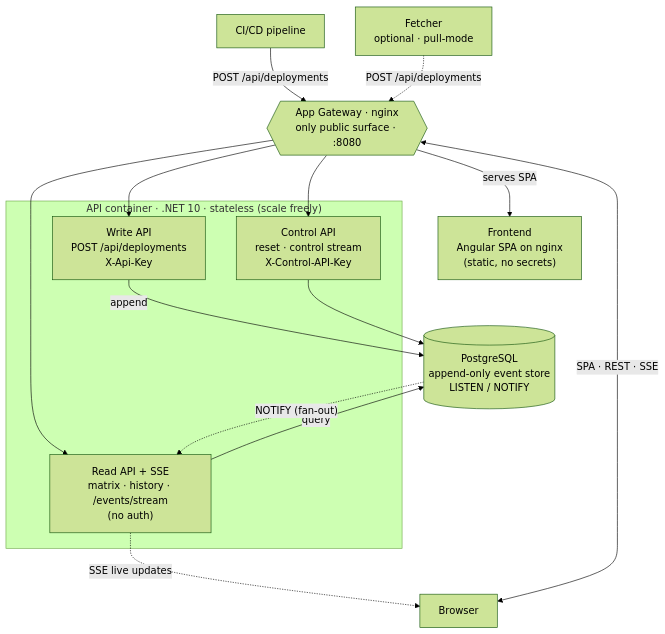
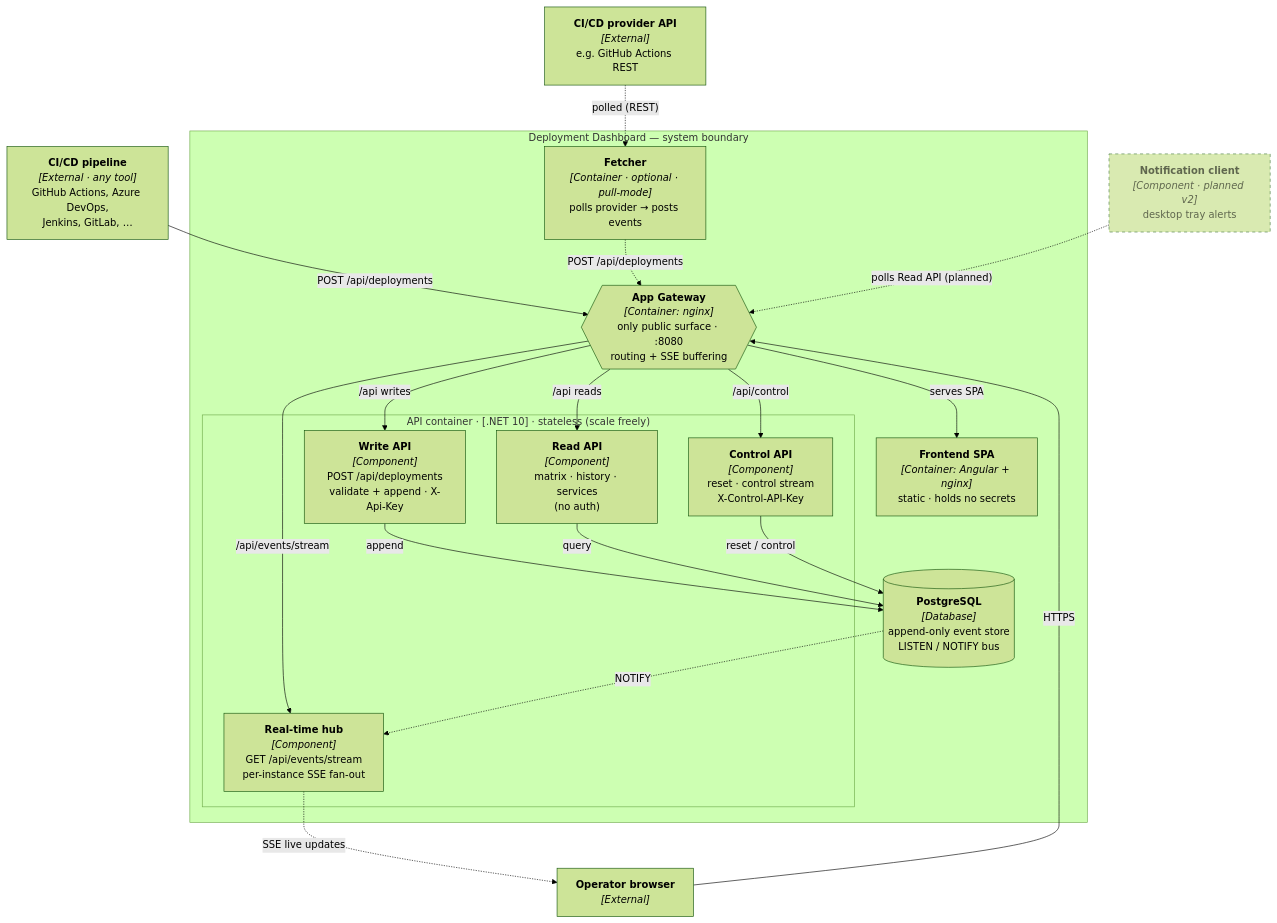
The second of 2 diagrams in docs/guide/architecture-overview.md (kostiantyn-matsebora/deployment-dashboard), drawn with Mermaid (forest theme) before and after one commit. The commit also changed other lines of this file, not shown here.

Commit message:
docs(architecture-overview): full C4 component diagram (all non-demo components)
Replace the simplified component diagram with a C4 component-level view of the
whole runtime system: system boundary, external CI/CD pushers + polled provider
API + operator browser + planned notification client, and inside the boundary
the gateway, optional Fetcher, the stateless API container (Write / Read /
Control + real-time SSE hub), and the append-only PostgreSQL store with the
LISTEN/NOTIFY fan-out. Demo/eval components omitted.

````diff
--- a/docs/guide/architecture-overview.md
+++ b/docs/guide/architecture-overview.md
@@ -36,30 +36,43 @@
 ```mermaid
 flowchart TB
-    CI["CI/CD pipeline"]
-    FETCH["Fetcher<br/>optional · pull-mode"]
-    BROWSER["Browser"]
+    CICD["<b>CI/CD pipeline</b><br><i>[External · any tool]</i><br>GitHub Actions, Azure DevOps,<br>Jenkins, GitLab, …"]
+    PROVIDER["<b>CI/CD provider API</b><br><i>[External]</i><br>e.g. GitHub Actions REST"]
+    BROWSER["<b>Operator browser</b><br><i>[External]</i>"]
+    NOTIFY["<b>Notification client</b><br><i>[Component · planned v2]</i><br>desktop tray alerts"]
 
-    GW{{"App Gateway · nginx<br/>only public surface · :8080"}}
-    FE["Frontend<br/>Angular SPA on nginx<br/>(static, no secrets)"]
+    subgraph SYS["Deployment Dashboard — system boundary"]
+        GW{{"<b>App Gateway</b><br><i>[Container: nginx]</i><br>only public surface · :8080<br>routing + SSE buffering"}}
+        FE["<b>Frontend SPA</b><br><i>[Container: Angular + nginx]</i><br>static · holds no secrets"]
 
-    subgraph APIC["API container · .NET 10 · stateless (scale freely)"]
-        WRITE["Write API<br/>POST /api/deployments<br/>X-Api-Key"]
-        READ["Read API + SSE<br/>matrix · history · /events/stream<br/>(no auth)"]
-        CTRL["Control API<br/>reset · control stream<br/>X-Control-API-Key"]
+        subgraph APIC["API container · [.NET 10] · stateless (scale freely)"]
+            WRITE["<b>Write API</b><br><i>[Component]</i><br>POST /api/deployments<br>validate + append · X-Api-Key"]
+            READ["<b>Read API</b><br><i>[Component]</i><br>matrix · history · services<br>(no auth)"]
+            SSE["<b>Real-time hub</b><br><i>[Component]</i><br>GET /api/events/stream<br>per-instance SSE fan-out"]
+            CTRL["<b>Control API</b><br><i>[Component]</i><br>reset · control stream<br>X-Control-API-Key"]
+        end
+
+        FETCH["<b>Fetcher</b><br><i>[Container · optional · pull-mode]</i><br>polls provider → posts events"]
+        PG[("<b>PostgreSQL</b><br><i>[Database]</i><br>append-only event store<br>LISTEN / NOTIFY bus")]
     end
 
-    PG[("PostgreSQL<br/>append-only event store<br/>LISTEN / NOTIFY")]
+    CICD -->|"POST /api/deployments"| GW
+    BROWSER -->|"HTTPS"| GW
+    GW -->|"serves SPA"| FE
+    GW -->|"/api writes"| WRITE
+    GW -->|"/api reads"| READ
+    GW -->|"/api/events/stream"| SSE
+    GW -->|"/api/control"| CTRL
 
-    CI -->|"POST /api/deployments"| GW
+    PROVIDER -.->|"polled (REST)"| FETCH
     FETCH -.->|"POST /api/deployments"| GW
-    BROWSER <-->|"SPA · REST · SSE"| GW
-    GW -->|"serves SPA"| FE
-    GW --> WRITE
-    GW --> READ
-    GW --> CTRL
+
     WRITE -->|"append"| PG
     READ -->|"query"| PG
-    CTRL --> PG
-    PG -. "NOTIFY (fan-out)" .-> READ
-    READ -. "SSE live updates" .-> BROWSER
+    CTRL -->|"reset / control"| PG
+    PG -.->|"NOTIFY"| SSE
+    SSE -. "SSE live updates" .-> BROWSER
+    NOTIFY -.->|"polls Read API (planned)"| GW
+
+    classDef planned stroke-dasharray:5 5,opacity:0.75;
+    class NOTIFY planned;
 ```
````
